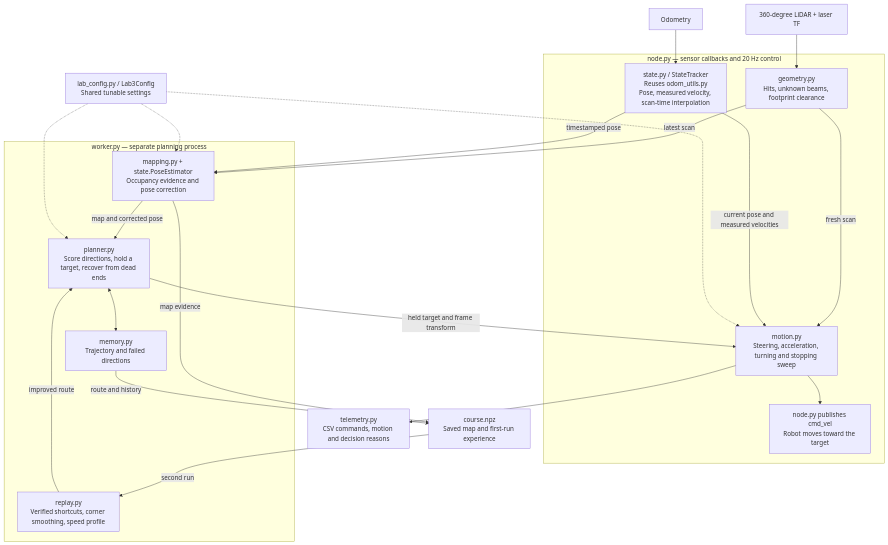
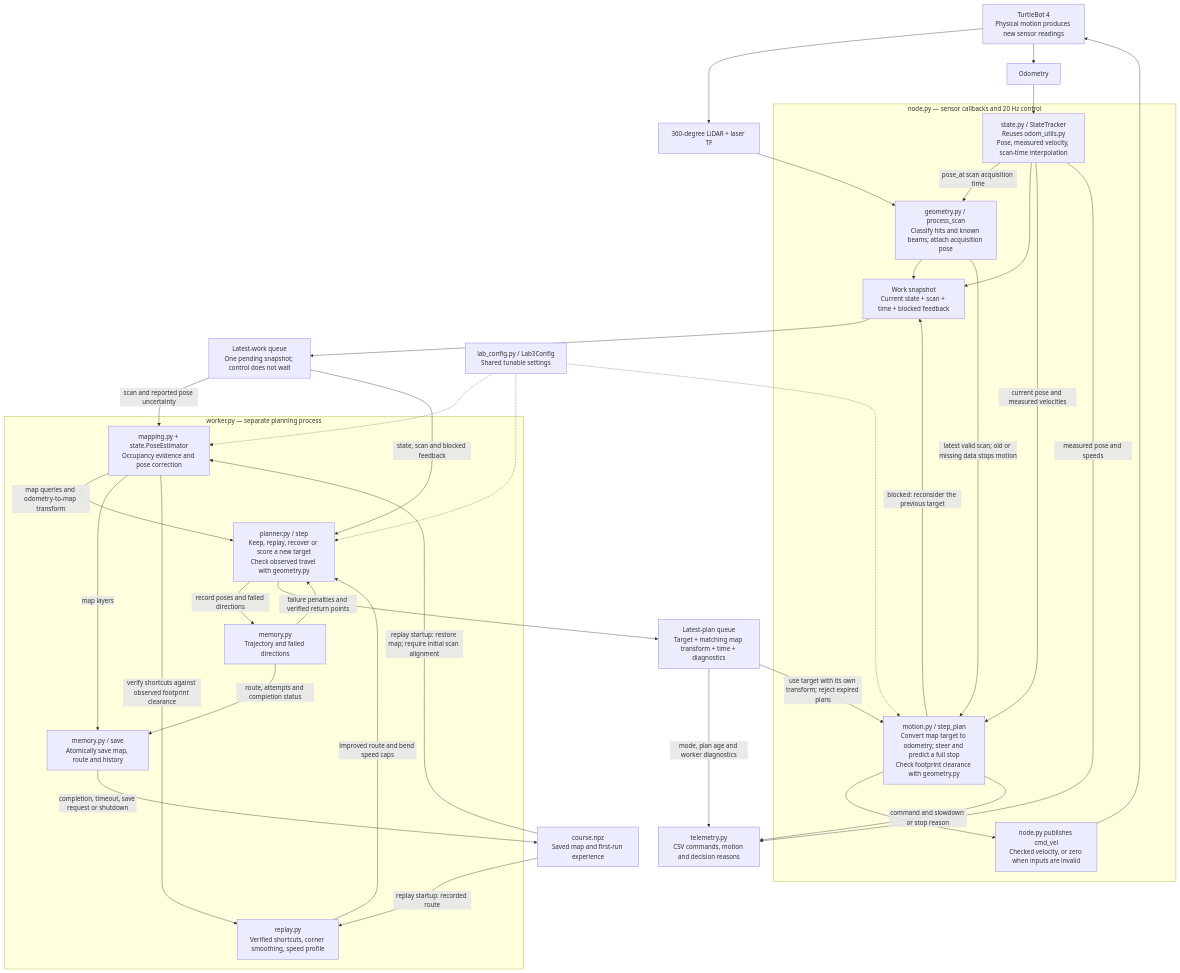
The diagram in README.md (DJPark1213/Autonomous_Mobile_Robot_Lab), drawn with Mermaid before and after one commit. The commit also changed other lines of this file and 1 other file, not shown here.

Commit message:
updated comment and readme

````diff
--- a/README.md
+++ b/README.md
@@ -25,42 +24,65 @@
 ```mermaid
 flowchart TB
+  ROBOT["TurtleBot 4<br/>Physical motion produces new sensor readings"]
   LASER["360-degree LiDAR + laser TF"]
   ODOM["Odometry"]
   CONFIG["lab_config.py / Lab3Config<br/>Shared tunable settings"]
 
   subgraph ROS["node.py — sensor callbacks and 20 Hz control"]
-    GEOMETRY["geometry.py<br/>Hits, unknown beams, footprint clearance"]
+    SCAN["geometry.py / process_scan<br/>Classify hits and known beams; attach acquisition pose"]
     STATE["state.py / StateTracker<br/>Reuses odom_utils.py<br/>Pose, measured velocity, scan-time interpolation"]
-    MOTION["motion.py<br/>Steering, acceleration, turning and stopping sweep"]
-    COMMAND["node.py publishes cmd_vel<br/>Robot moves toward the target"]
+    SNAPSHOT["Work snapshot<br/>Current state + scan + time + blocked feedback"]
+    MOTION["motion.py / step_plan<br/>Convert map target to odometry; steer and predict a full stop<br/>Check footprint clearance with geometry.py"]
+    COMMAND["node.py publishes cmd_vel<br/>Checked velocity, or zero when inputs are invalid"]
   end
+
+  INCOMING["Latest-work queue<br/>One pending snapshot; control does not wait"]
+  OUTGOING["Latest-plan queue<br/>Target + matching map transform + time + diagnostics"]
 
   subgraph WORKER["worker.py — separate planning process"]
     MAP["mapping.py + state.PoseEstimator<br/>Occupancy evidence and pose correction"]
-    PLAN["planner.py<br/>Score directions, hold a target, recover from dead ends"]
+    PLAN["planner.py / step<br/>Keep, replay, recover or score a new target<br/>Check observed travel with geometry.py"]
     MEMORY["memory.py<br/>Trajectory and failed directions"]
     REPLAY["replay.py<br/>Verified shortcuts, corner smoothing, speed profile"]
+    SAVE["memory.py / save<br/>Atomically save map, route and history"]
   end
 
   SAVED["course.npz<br/>Saved map and first-run experience"]
   LOG["telemetry.py<br/>CSV commands, motion and decision reasons"]
 
-  LASER --> GEOMETRY
+  ROBOT --> LASER
+  ROBOT --> ODOM
+  LASER --> SCAN
   ODOM --> STATE
-  GEOMETRY -->|latest scan| MAP
-  STATE -->|timestamped pose| MAP
-  MAP -->|map and corrected pose| PLAN
-  PLAN <--> MEMORY
-  MAP -->|map evidence| SAVED
-  MEMORY -->|route and history| SAVED
-  SAVED -->|second run| REPLAY
-  REPLAY -->|improved route| PLAN
-  PLAN -->|held target and frame transform| MOTION
-  GEOMETRY -->|fresh scan| MOTION
+  STATE -->|pose_at scan acquisition time| SCAN
+  SCAN --> SNAPSHOT
+  STATE --> SNAPSHOT
+  MOTION -->|blocked: reconsider the previous target| SNAPSHOT
+  SNAPSHOT --> INCOMING
+  INCOMING -->|scan and reported pose uncertainty| MAP
+  INCOMING -->|state, scan and blocked feedback| PLAN
+  MAP -->|map queries and odometry-to-map transform| PLAN
+  PLAN -->|record poses and failed directions| MEMORY
+  MEMORY -->|failure penalties and verified return points| PLAN
+  PLAN --> OUTGOING
+  OUTGOING -->|use target with its own transform; reject expired plans| MOTION
+  SCAN -->|latest valid scan; old or missing data stops motion| MOTION
   STATE -->|current pose and measured velocities| MOTION
   MOTION --> COMMAND
-  MOTION --> LOG
+  COMMAND --> ROBOT
+  STATE -->|measured pose and speeds| LOG
+  MOTION -->|command and slowdown or stop reason| LOG
+  OUTGOING -->|mode, plan age and worker diagnostics| LOG
+
+  MAP -->|map layers| SAVE
+  MEMORY -->|route, attempts and completion status| SAVE
+  SAVE -->|completion, timeout, save request or shutdown| SAVED
+  SAVED -->|replay startup: restore map; require initial scan alignment| MAP
+  SAVED -->|replay startup: recorded route| REPLAY
+  MAP -->|verify shortcuts against observed footprint clearance| REPLAY
+  REPLAY -->|improved route and bend speed caps| PLAN
+
   CONFIG -.-> MAP
   CONFIG -.-> PLAN
   CONFIG -.-> MOTION
 ```
````
